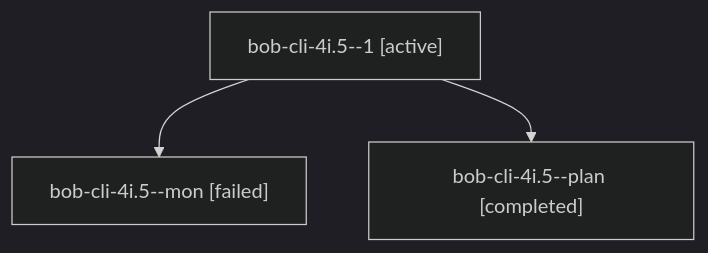
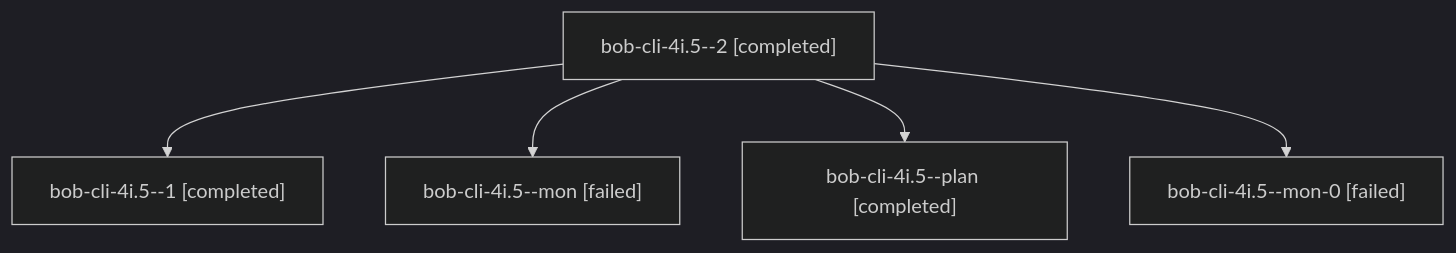
The diagram in sessions/bbugyi200.apollo.bob-cli-4i.5.md (bobs-org/bob-cli--agents), drawn with Mermaid (dark theme) before and after one commit. The commit also changed other lines of this file and 32 other files, not shown here.

````diff
--- a/sessions/bbugyi200.apollo.bob-cli-4i.5.md
+++ b/sessions/bbugyi200.apollo.bob-cli-4i.5.md
@@ -9,8 +9,12 @@
 ```mermaid
 flowchart TD
-  n0["bob-cli-4i.5--1 [active]"]
-  n1["bob-cli-4i.5--mon [failed]"]
+  n0["bob-cli-4i.5--2 [completed]"]
+  n1["bob-cli-4i.5--1 [completed]"]
   n0 --> n1
-  n2["bob-cli-4i.5--plan [completed]"]
+  n2["bob-cli-4i.5--mon [failed]"]
   n0 --> n2
+  n3["bob-cli-4i.5--plan [completed]"]
+  n0 --> n3
+  n4["bob-cli-4i.5--mon-0 [failed]"]
+  n0 --> n4
 ```
````
